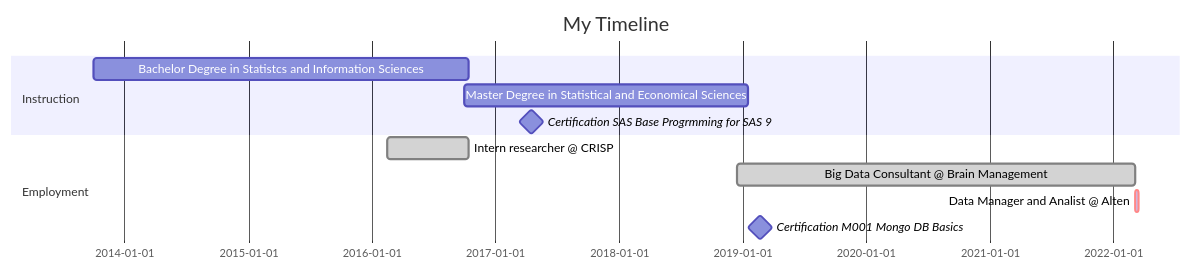
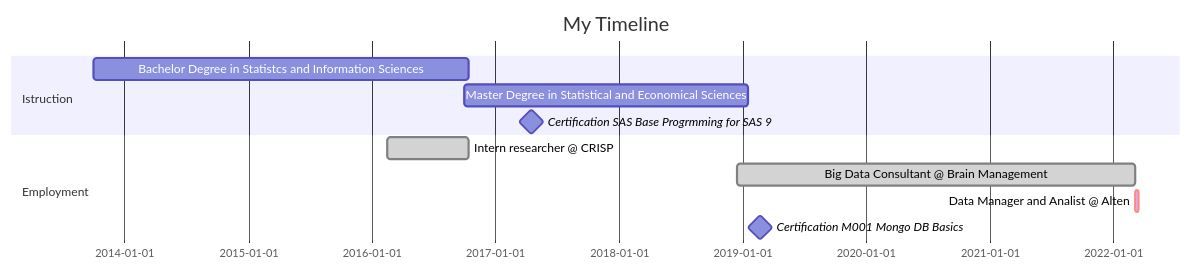
One commit to frenk94/frenk94 changed the diagram in About me.md. Above: the diagram before and after it, drawn with Mermaid. The commit also changed other lines of this file, not shown here.

````diff
--- a/About me.md
+++ b/About me.md
@@ -22,16 +22,16 @@
 ```mermaid
         gantt
         dateFormat  YYYY-MM-DD
         title My Timeline 
 
-        section Instruction
+        section Istruction
         Bachelor Degree in Statistcs and Information Sciences : des1, 2013-10-01,2016-10-15
         Master Degree in Statistical and Economical Sciences : des2, 2016-10-01,2019-01-17
         Certification SAS Base Progrmming for SAS 9 : milestone, 2017-04-17, 1d
 
         section Employment
         Intern researcher @ CRISP : done, 2016-02-15,2016-10-15
         Big Data Consultant @ Brain Management : done, 2018-12-17,2022-03-06
         Data Manager and Analist @ Alten       : crit, active, 2022-03-07, 10d
         Certification M001 Mongo DB Basics : milestone, 2019-02-21, 1d
 ```
````
